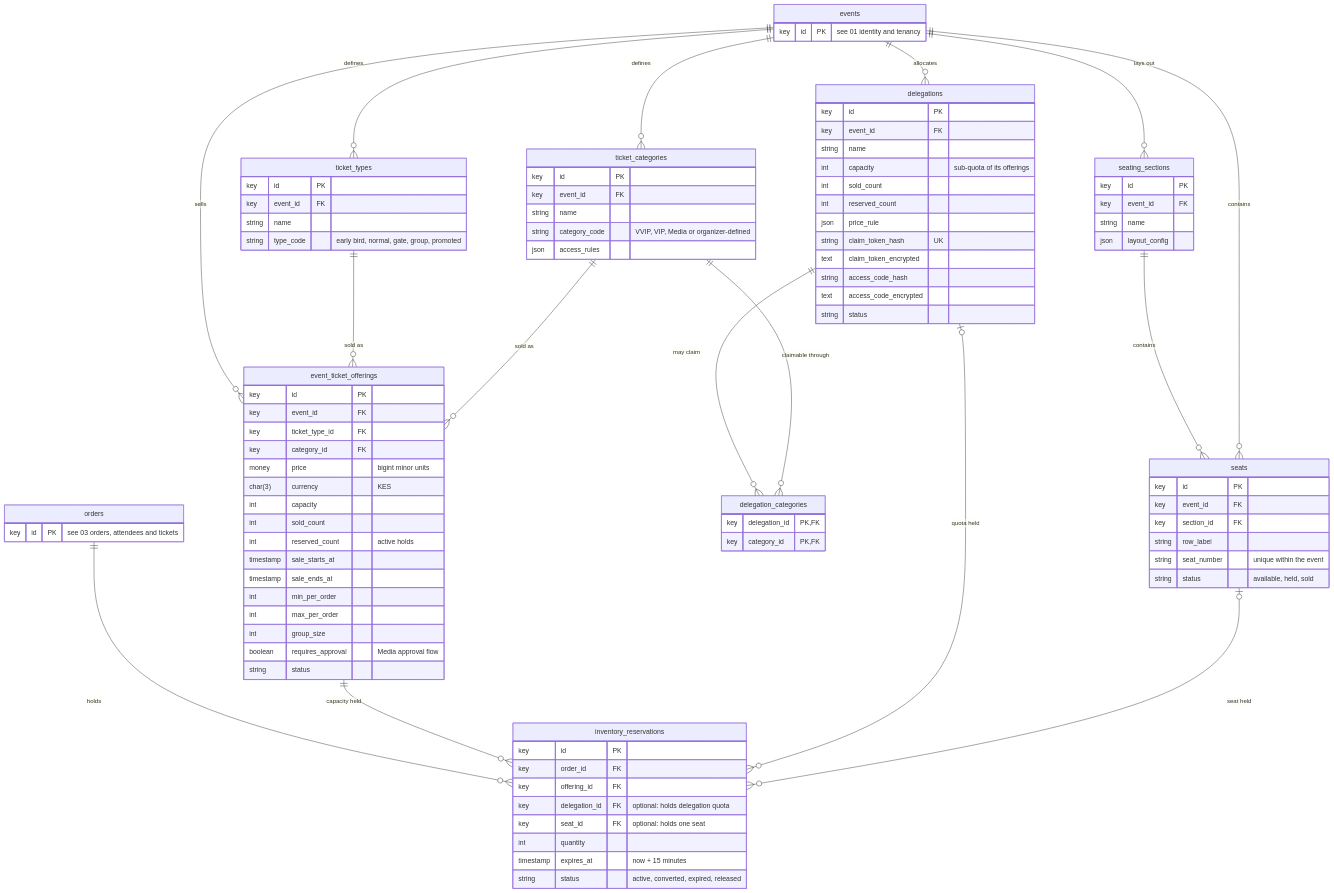
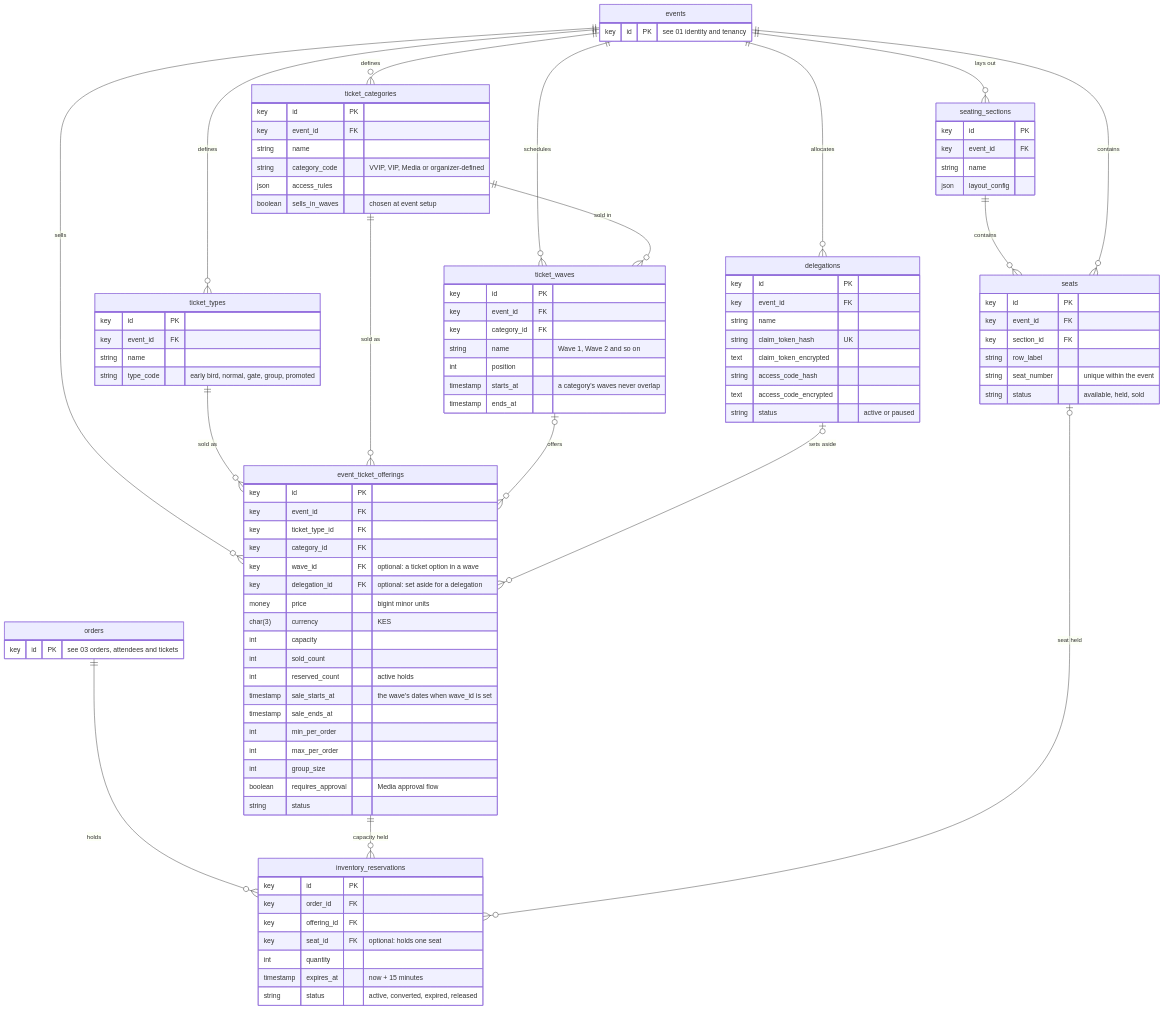
Before and after one commit to kreativesahara/ticket: the diagram in doc/diagrams/erd/02-ticket-configuration-and-inventory.md, drawn with Mermaid. The commit also changed other lines of this file and 68 other files, not shown here.

Commit message:
docs: add comprehensive ERD, activity, and use-case diagrams along with supporting documentation and prompt updates

````diff
--- a/doc/diagrams/erd/02-ticket-configuration-and-inventory.md
+++ b/doc/diagrams/erd/02-ticket-configuration-and-inventory.md
@@ -26,18 +26,30 @@
         string name
         string category_code "VVIP, VIP, Media or organizer-defined"
         json access_rules
+        boolean sells_in_waves "chosen at event setup"
+    }
+    ticket_waves {
+        key id PK
+        key event_id FK
+        key category_id FK
+        string name "Wave 1, Wave 2 and so on"
+        int position
+        timestamp starts_at "a category's waves never overlap"
+        timestamp ends_at
     }
     event_ticket_offerings {
         key id PK
         key event_id FK
         key ticket_type_id FK
         key category_id FK
+        key wave_id FK "optional: a ticket option in a wave"
+        key delegation_id FK "optional: set aside for a delegation"
         money price "bigint minor units"
         char(3) currency "KES"
         int capacity
         int sold_count
         int reserved_count "active holds"
-        timestamp sale_starts_at
+        timestamp sale_starts_at "the wave's dates when wave_id is set"
         timestamp sale_ends_at
         int min_per_order
         int max_per_order
@@ -49,19 +61,11 @@
         key id PK
         key event_id FK
         string name
-        int capacity "sub-quota of its offerings"
-        int sold_count
-        int reserved_count
-        json price_rule
         string claim_token_hash UK
         text claim_token_encrypted
         string access_code_hash
         text access_code_encrypted
-        string status
-    }
-    delegation_categories {
-        key delegation_id PK, FK
-        key category_id PK, FK
+        string status "active or paused"
     }
     seating_sections {
         key id PK
@@ -81,7 +85,6 @@
         key id PK
         key order_id FK
         key offering_id FK
-        key delegation_id FK "optional: holds delegation quota"
         key seat_id FK "optional: holds one seat"
         int quantity
         timestamp expires_at "now + 15 minutes"
@@ -90,17 +93,18 @@
 
     events ||--o{ ticket_types : "defines"
     events ||--o{ ticket_categories : "defines"
+    events ||--o{ ticket_waves : "schedules"
+    ticket_categories ||--o{ ticket_waves : "sold in"
     events ||--o{ event_ticket_offerings : "sells"
     ticket_types ||--o{ event_ticket_offerings : "sold as"
     ticket_categories ||--o{ event_ticket_offerings : "sold as"
+    ticket_waves |o--o{ event_ticket_offerings : "offers"
     events ||--o{ delegations : "allocates"
-    delegations ||--o{ delegation_categories : "may claim"
-    ticket_categories ||--o{ delegation_categories : "claimable through"
+    delegations |o--o{ event_ticket_offerings : "sets aside"
     events ||--o{ seating_sections : "lays out"
     seating_sections ||--o{ seats : "contains"
     events ||--o{ seats : "contains"
     orders ||--o{ inventory_reservations : "holds"
     event_ticket_offerings ||--o{ inventory_reservations : "capacity held"
-    delegations |o--o{ inventory_reservations : "quota held"
     seats |o--o{ inventory_reservations : "seat held"
 ```
````
